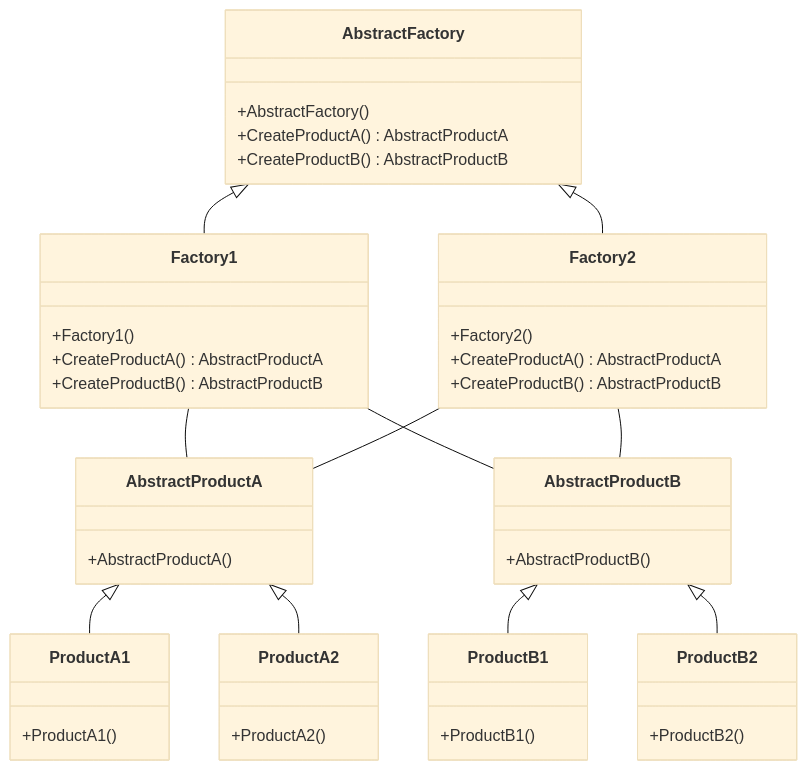
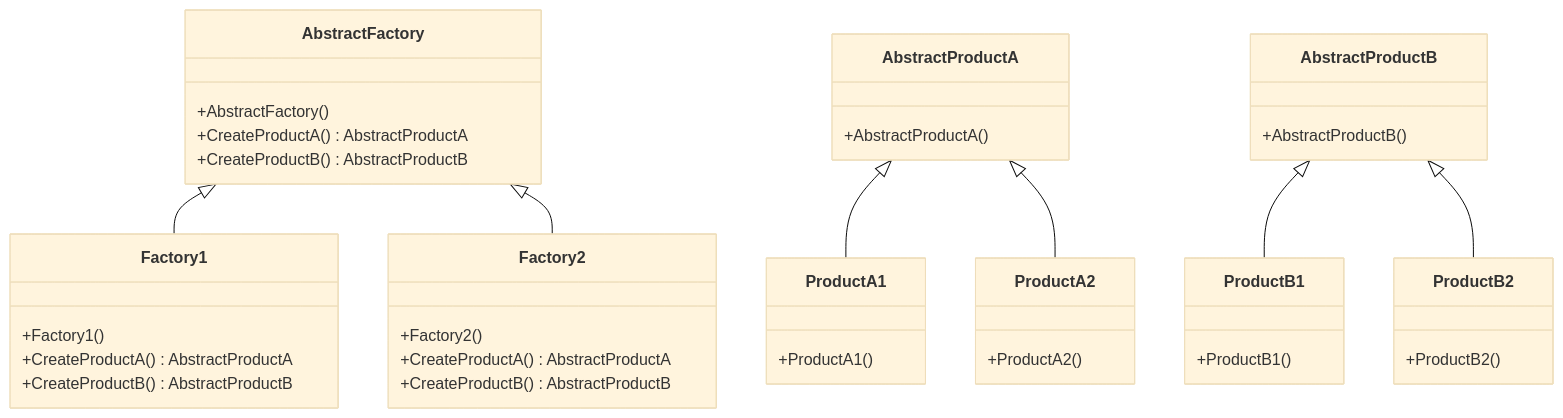
One commit to thunderstormwang/CodingNote changed the diagram in design_pattern/abstract_factory.md. Above: the diagram before and after it, drawn with Mermaid (base theme). The commit also changed 7 other files, not shown here.

````diff
--- a/design_pattern/abstract_factory.md
+++ b/design_pattern/abstract_factory.md
@@ -3,59 +3,53 @@
 ```mermaid
 classDiagram
 class AbstractFactory {
     +AbstractFactory()
     +CreateProductA() AbstractProductA
     +CreateProductB() AbstractProductB
 }
 
 class Factory1 {
     +Factory1()
     +CreateProductA() AbstractProductA
     +CreateProductB() AbstractProductB
 }
 
 class Factory2 {
     +Factory2()
     +CreateProductA() AbstractProductA
     +CreateProductB() AbstractProductB
 }
 
 class AbstractProductA {
     +AbstractProductA()
 }
 
 class ProductA1 {
     +ProductA1()
 }
 
 class ProductA2 {
     +ProductA2()
 }
 
 class AbstractProductB {
     +AbstractProductB()
 }
 
 class ProductB1 {
     +ProductB1()
 }
 
 class ProductB2 {
     +ProductB2()
 }
 
 AbstractFactory <|-- Factory1
 AbstractFactory <|-- Factory2
 
 AbstractProductA <|-- ProductA1
 AbstractProductA <|-- ProductA2
 
 AbstractProductB <|-- ProductB1
 AbstractProductB <|-- ProductB2
-
-Factory1 -- AbstractProductA
-Factory1 -- AbstractProductB
-
-Factory2 -- AbstractProductA
-Factory2 -- AbstractProductB
 ```
````
